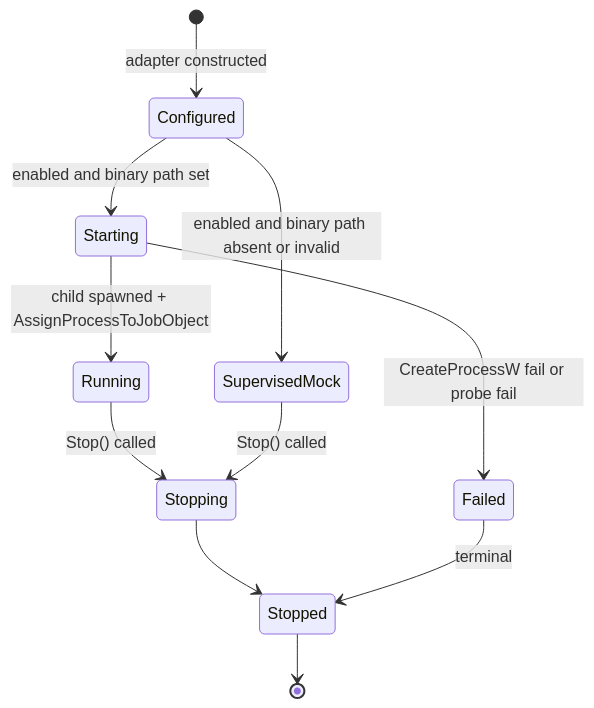
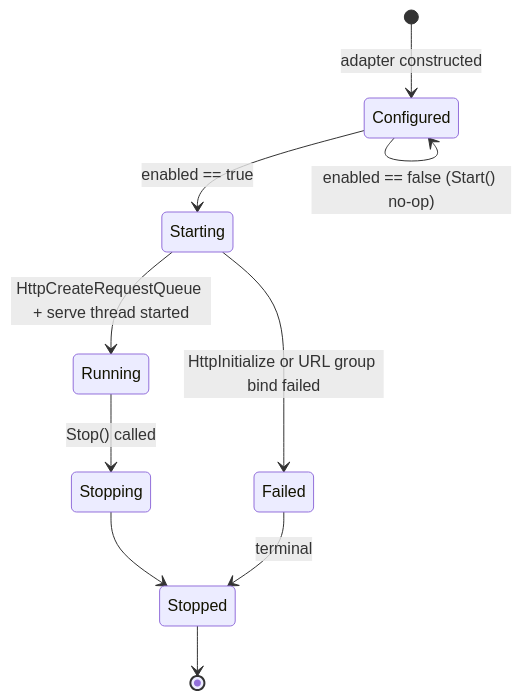
Before and after one commit to flynn33/Master-Control-Orchestration-Server: the second of 5 diagrams in docs/wiki/Gateway.md, drawn with Mermaid. The commit also changed other lines of this file and 19 other files, not shown here.

````diff
--- a/docs/wiki/Gateway.md
+++ b/docs/wiki/Gateway.md
@@ -295,13 +210,12 @@
 ```mermaid
 stateDiagram-v2
     [*] --> Configured: adapter constructed
-    Configured --> Starting: enabled and binary path set
-    Configured --> SupervisedMock: enabled and binary path absent or invalid
-    Starting --> Running: child spawned + AssignProcessToJobObject
-    Starting --> Failed: CreateProcessW fail or probe fail
+    Configured --> Starting: enabled == true
+    Configured --> Configured: enabled == false (Start() no-op)
+    Starting --> Running: HttpCreateRequestQueue + serve thread started
+    Starting --> Failed: HttpInitialize or URL group bind failed
     Running --> Stopping: Stop() called
-    SupervisedMock --> Stopping: Stop() called
     Stopping --> Stopped
     Failed --> Stopped: terminal
     Stopped --> [*]
 ```
````
